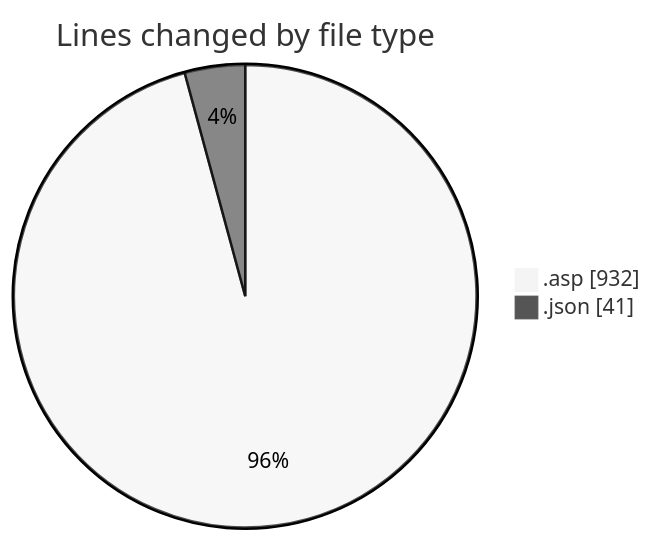
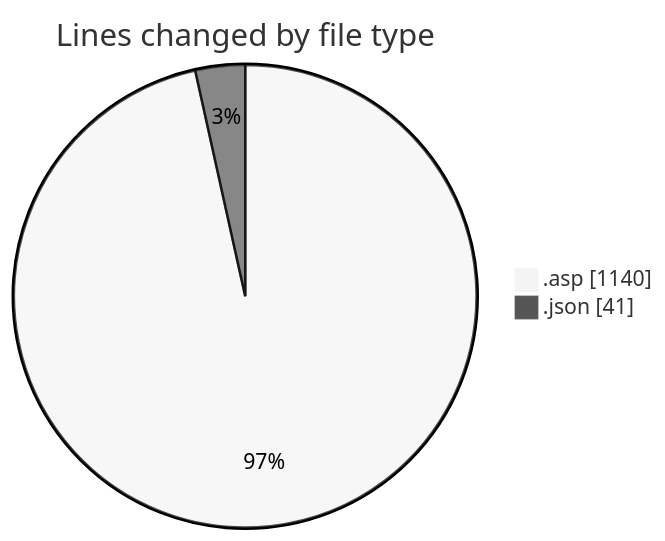
The first of 2 diagrams in 2025-10-29/cdp_aleoudev_fr__workspace_/README.md (julien-gomy/code-tracking), drawn with Mermaid (neutral theme) before and after one commit. The commit also changed other lines of this file and 1 other file, not shown here.

````diff
--- a/2025-10-29/cdp_aleoudev_fr__workspace_/README.md
+++ b/2025-10-29/cdp_aleoudev_fr__workspace_/README.md
@@ -22,6 +23,6 @@
 ```mermaid
 pie showData
 title Lines changed by file type
-".asp" : 932
+".asp" : 1140
 ".json" : 41
 ```
````
